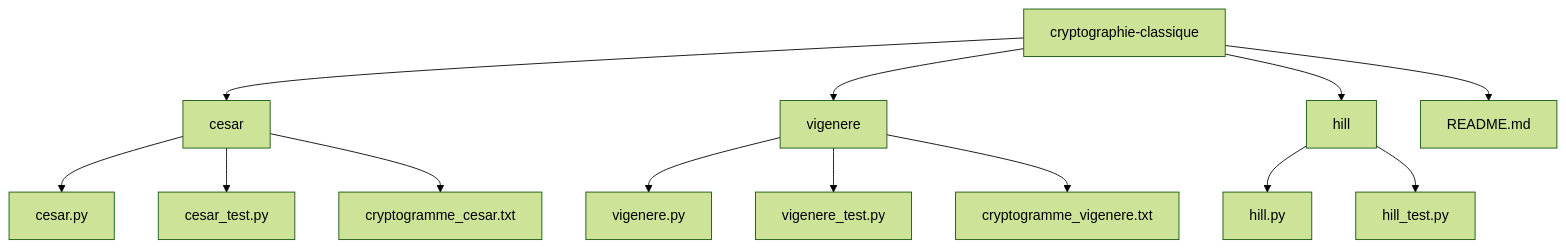
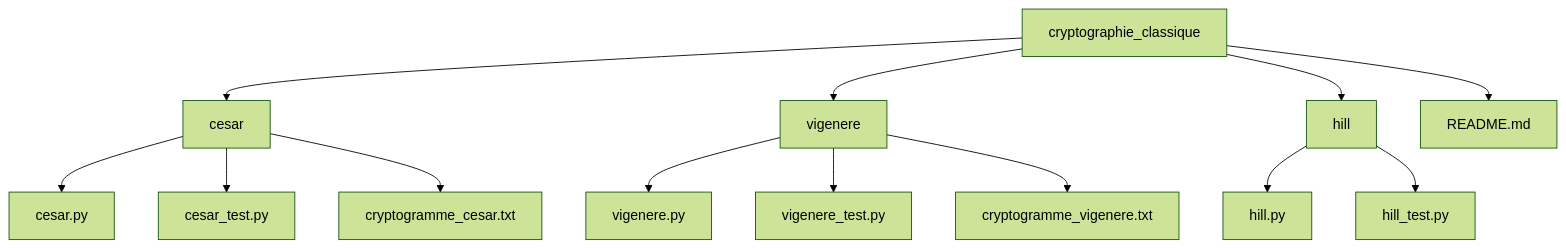
Before and after one commit to Luffy0xCyber/cryptographie_classique: the diagram in README.md, drawn with Mermaid (forest theme).

Commit message:
Add underscore instead of a hyphen

````diff
--- a/README.md
+++ b/README.md
@@ -12,19 +12,19 @@
 ```mermaid
 graph TD
 
-    A[cryptographie-classique] --> B[cesar]
+    A[cryptographie_classique] --> B[cesar]
     A --> C[vigenere]
     A --> D[hill]
     A --> E[README.md]
 
     B --> B1[cesar.py]
     B --> B2[cesar_test.py]
     B --> B3[cryptogramme_cesar.txt]
 
     C --> C1[vigenere.py]
     C --> C2[vigenere_test.py]
     C --> C3[cryptogramme_vigenere.txt]
 
     D --> D1[hill.py]
     D --> D2[hill_test.py]
 ```
````
